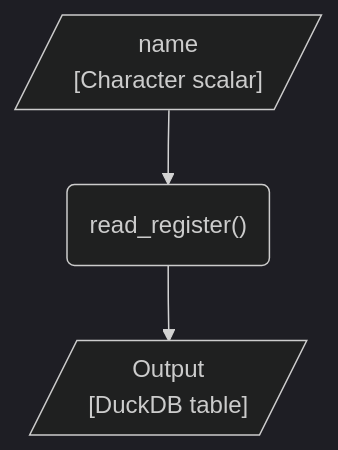
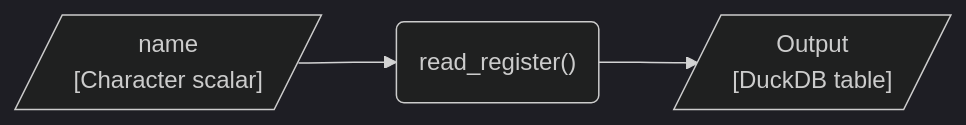
One commit to dp-next/registers2parquet changed the third of 3 diagrams in vignettes/design.qmd. Above: the diagram before and after it, drawn with Mermaid (dark theme). The commit also changed other lines of this file, not shown here.

First line of the commit message:
docs: :building_construction: expand on `read_*()` and `list_*()` in design (#237)

````diff
--- a/vignettes/design.qmd
+++ b/vignettes/design.qmd
@@ -126,12 +141,12 @@
 ```{mermaid}
-%%| label: fig-flow-use
+%%| label: fig-flow-read-register
 %%| fig-cap: "Expected workflow for reading a Parquet register as a DuckDB table using `read_register()`."
 %%| fig-alt: "A flowchart showing the expected flow of reading a Parquet register created with the fastreg package."
-flowchart TD
-    name[/"name<br>[Character scalar]"/]
+flowchart LR
+    path[/"name<br>[Character scalar]"/]
     read_register("read_register()")
     output[/"Output<br>[DuckDB table]"/]
 
     %% Edges
-    name --> read_register --> output
+    path --> read_register --> output
 ```
````
